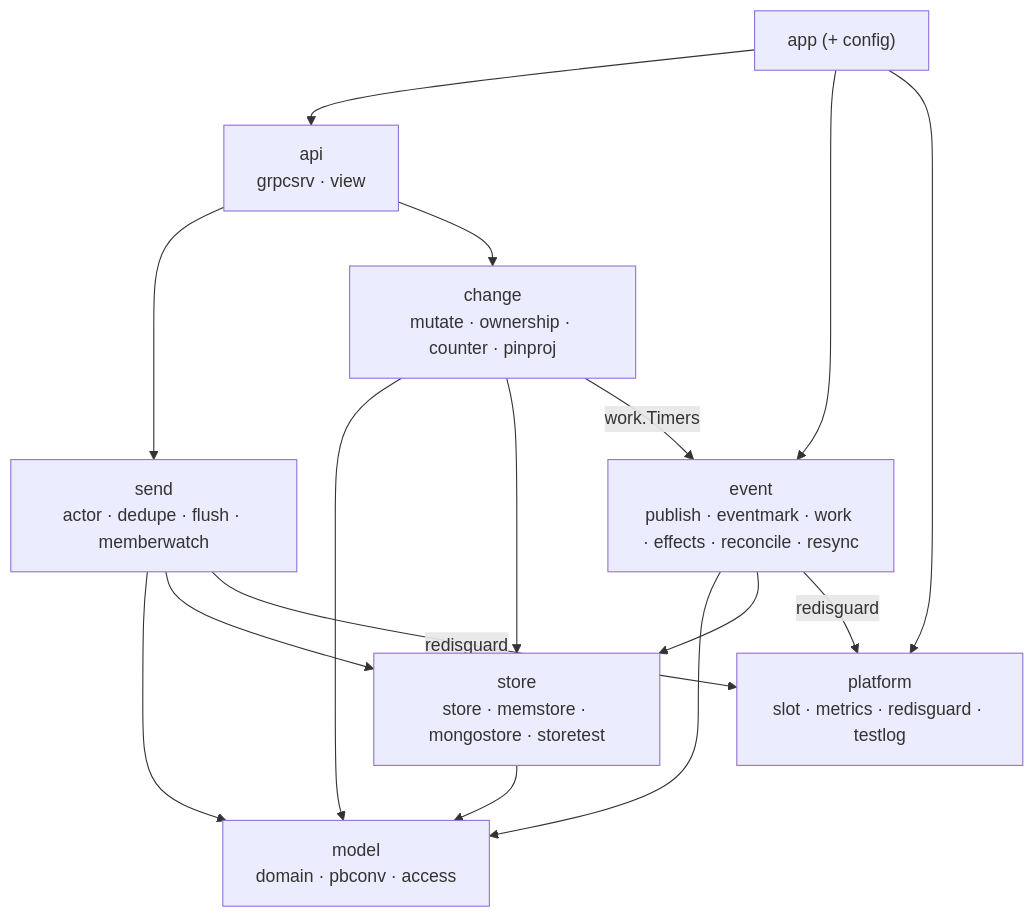
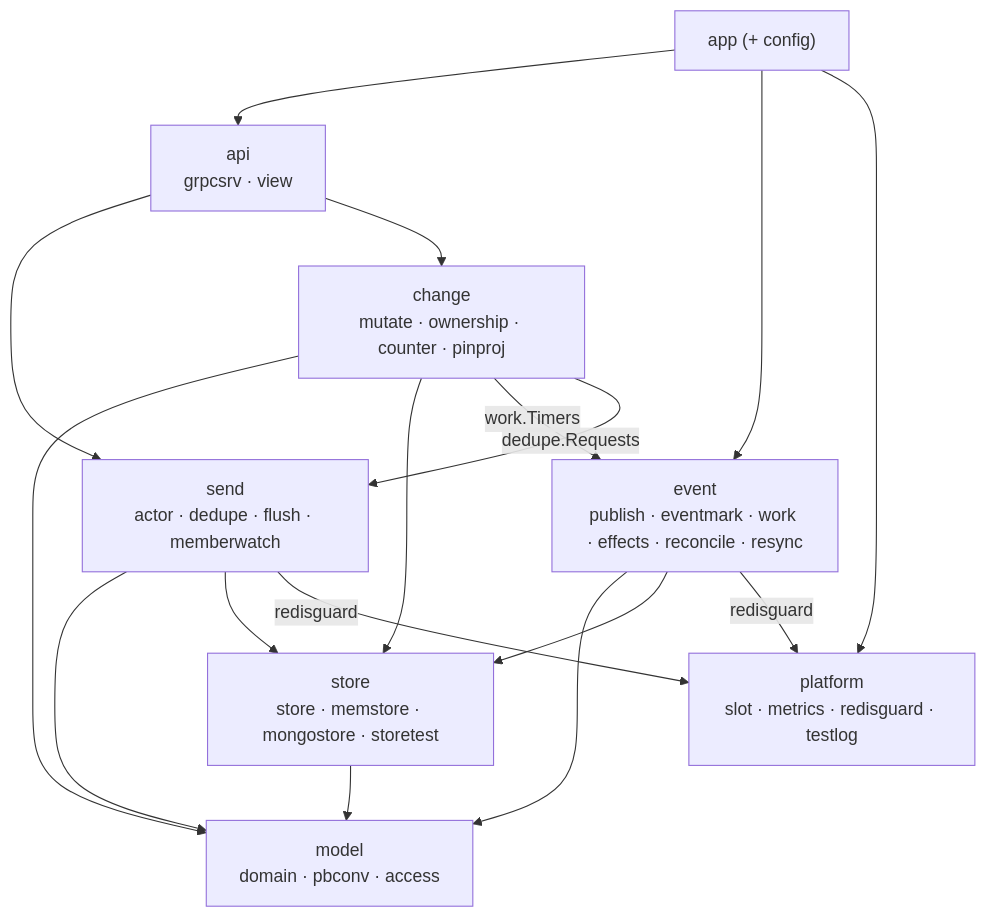
One commit to ivannguyendev/chatim changed the second of 6 diagrams in docs/designs/2026-10-04-chat-architecture-components.md. Above: the diagram before and after it, drawn with Mermaid. The commit also changed other lines of this file and 6 other files, not shown here.

````diff
--- a/docs/designs/2026-10-04-chat-architecture-components.md
+++ b/docs/designs/2026-10-04-chat-architecture-components.md
@@ -70,27 +70,28 @@
 ```mermaid
 flowchart TB
     app["app (+ config)"]
     api["api<br/>grpcsrv · view"]
     send["send<br/>actor · dedupe · flush · memberwatch"]
     change["change<br/>mutate · ownership · counter · pinproj"]
     event["event<br/>publish · eventmark · work · effects · reconcile · resync"]
     model["model<br/>domain · pbconv · access"]
     store["store<br/>store · memstore · mongostore · storetest"]
     platform["platform<br/>slot · metrics · redisguard · testlog"]
 
     app --> api
     app --> event
     app --> platform
     api --> send
     api --> change
     send --> model
     send --> store
     change --> model
     change --> store
     change -->|work.Timers| event
+    change -->|dedupe.Requests| send
     event --> model
     event --> store
     send -->|redisguard| platform
     event -->|redisguard| platform
     store --> model
 ```
````
